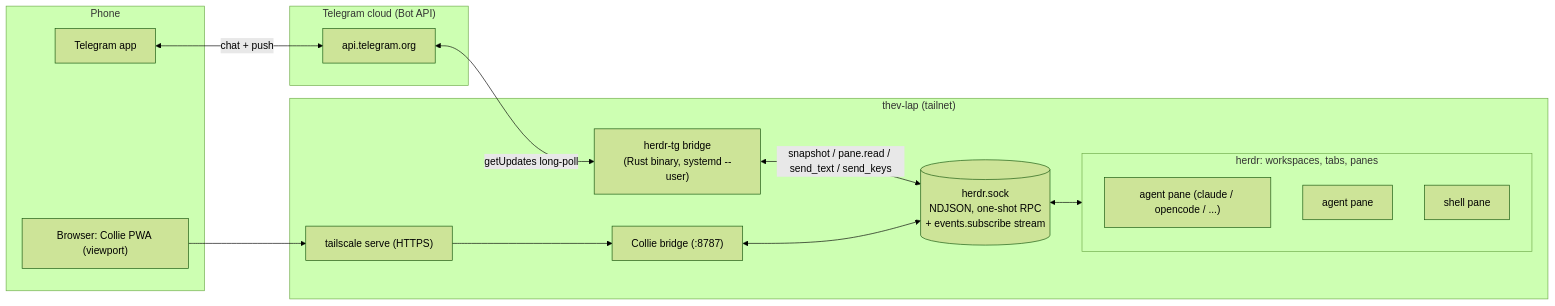
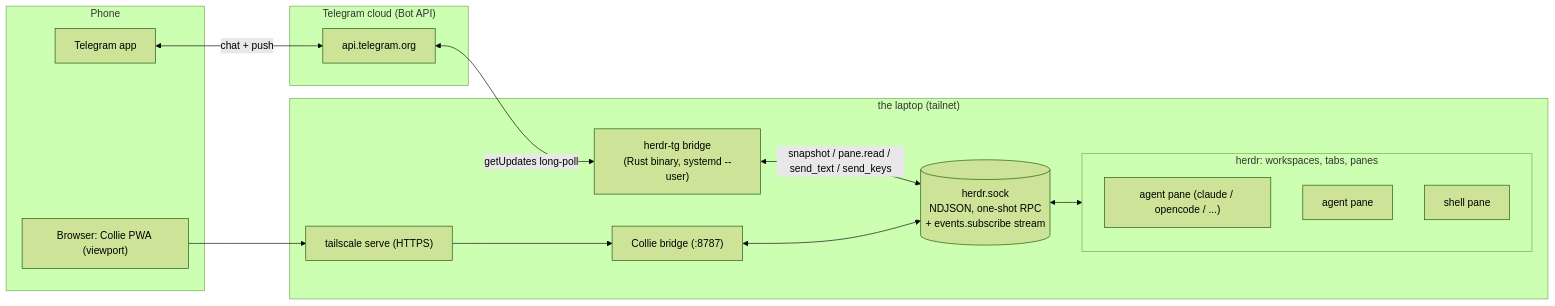
One commit to vinceferro/herdr-tg changed the first of 4 diagrams in PLAN.md. Above: the diagram before and after it, drawn with Mermaid (forest theme). The commit also changed other lines of this file and 5 other files, not shown here.

````diff
--- a/PLAN.md
+++ b/PLAN.md
@@ -30,27 +30,27 @@
 ```mermaid
 flowchart LR
     subgraph phone["Phone"]
         TG["Telegram app"]
         BR["Browser: Collie PWA (viewport)"]
     end
     subgraph tcloud["Telegram cloud (Bot API)"]
         API["api.telegram.org"]
     end
-    subgraph lap["thev-lap (tailnet)"]
+    subgraph lap["the laptop (tailnet)"]
         HTG["herdr-tg bridge<br/>(Rust binary, systemd --user)"]
         SRV["tailscale serve (HTTPS)"]
         COL["Collie bridge (:8787)"]
         SOCK[("herdr.sock<br/>NDJSON, one-shot RPC<br/>+ events.subscribe stream")]
         subgraph herd["herdr: workspaces, tabs, panes"]
             P1["agent pane (claude / opencode / ...)"]
             P2["agent pane"]
             P3["shell pane"]
         end
     end
     TG <-->|"chat + push"| API
     API <-->|"getUpdates long-poll"| HTG
     HTG <-->|"snapshot / pane.read / send_text / send_keys"| SOCK
     COL <--> SOCK
     SOCK <--> herd
     BR --> SRV --> COL
 ```
````
